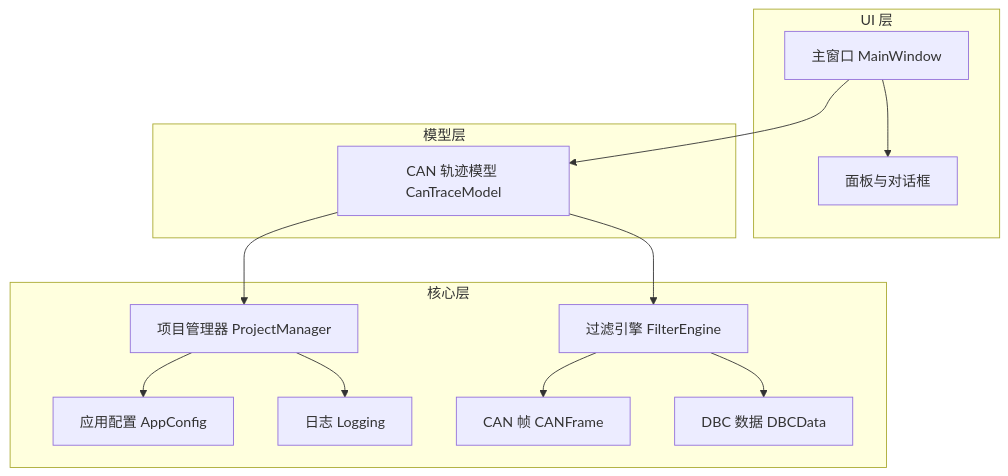
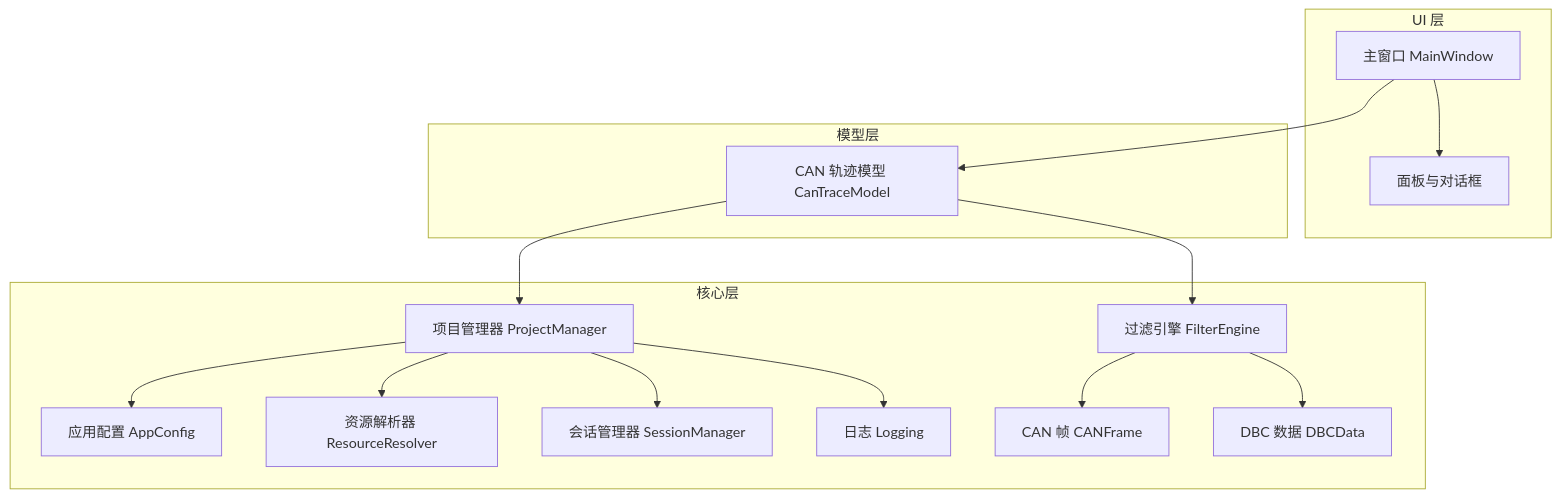
Before and after one commit to jakecai1225-design/OpenBus: the second of 12 diagrams in .qoder/repowiki/zh/content/核心模块详解/项目管理系统.md, drawn with Mermaid. The commit also changed other lines of this file and 34 other files, not shown here.

Commit message:
工程，flow，dbc操作

````diff
--- a/.qoder/repowiki/zh/content/核心模块详解/项目管理系统.md
+++ b/.qoder/repowiki/zh/content/核心模块详解/项目管理系统.md
@@ -98,26 +122,30 @@
 ```mermaid
 graph TB
 subgraph "UI 层"
 MW["主窗口 MainWindow"]
 Panels["面板与对话框"]
 end
 subgraph "模型层"
 TraceModel["CAN 轨迹模型 CanTraceModel"]
 end
 subgraph "核心层"
 PM["项目管理器 ProjectManager"]
 AC["应用配置 AppConfig"]
+RR["资源解析器 ResourceResolver"]
+SM["会话管理器 SessionManager"]
 FE["过滤引擎 FilterEngine"]
 LOG["日志 Logging"]
 CF["CAN 帧 CANFrame"]
 DBC["DBC 数据 DBCData"]
 end
 MW --> Panels
 MW --> TraceModel
 TraceModel --> PM
 TraceModel --> FE
 PM --> AC
+PM --> RR
+PM --> SM
 PM --> LOG
 FE --> CF
 FE --> DBC
 ```
````
